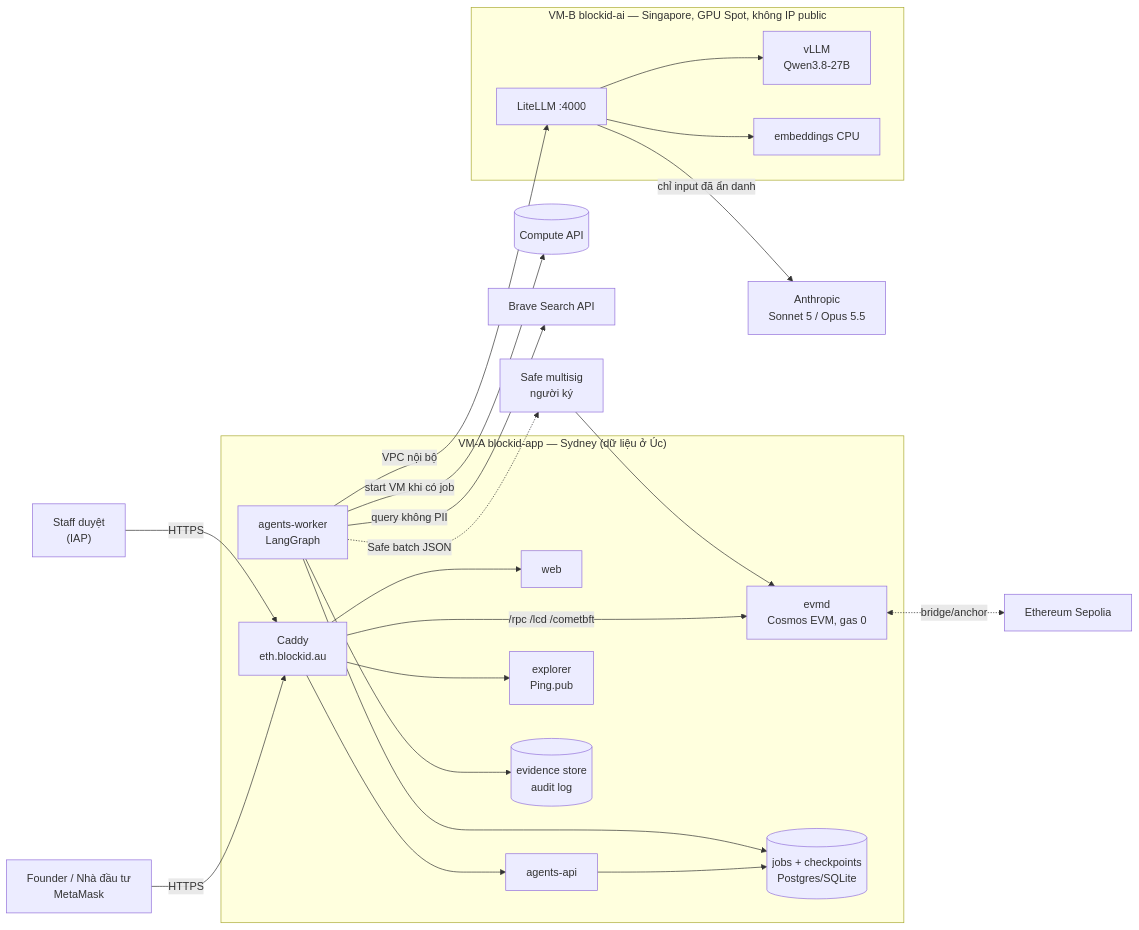
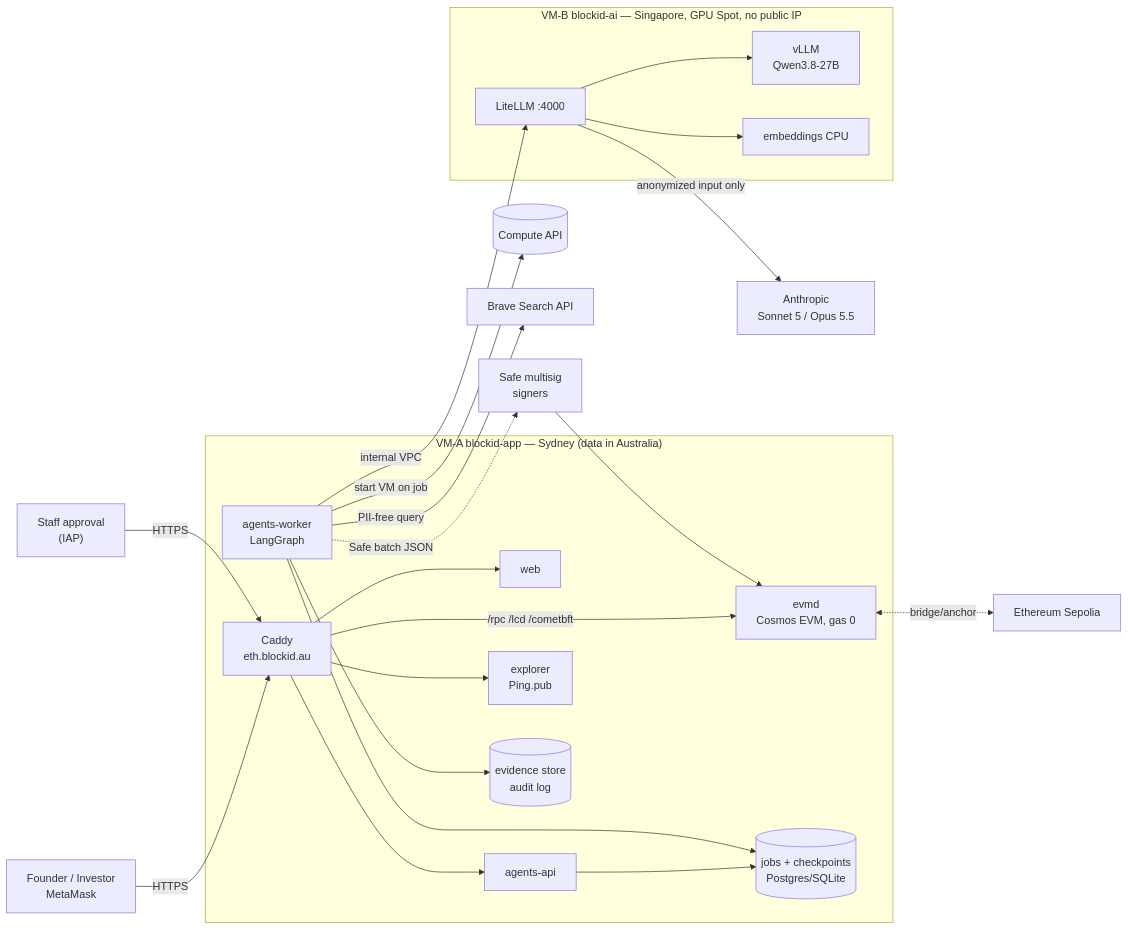
One commit to Blockid-au/eth-blockid-hackathon changed the diagram in docs/ARCHITECTURE.md. Above: the diagram before and after it, drawn with Mermaid. The commit also changed other lines of this file and 29 other files, not shown here.

````diff
--- a/docs/ARCHITECTURE.md
+++ b/docs/ARCHITECTURE.md
@@ -5,25 +5,25 @@
 ```mermaid
 flowchart LR
-  U[Founder / Nhà đầu tư<br/>MetaMask] -->|HTTPS| C[Caddy<br/>eth.blockid.au]
-  S["Staff duyệt<br/>(IAP)"] -->|HTTPS| C
-  subgraph APP["VM-A blockid-app — Sydney (dữ liệu ở Úc)"]
+  U[Founder / Investor<br/>MetaMask] -->|HTTPS| C[Caddy<br/>eth.blockid.au]
+  S["Staff approval<br/>(IAP)"] -->|HTTPS| C
+  subgraph APP["VM-A blockid-app — Sydney (data in Australia)"]
     C --> W[web]
     C --> API[agents-api]
     C -->|/rpc /lcd /cometbft| N[evmd<br/>Cosmos EVM, gas 0]
     C --> X[explorer<br/>Ping.pub]
     API --> Q[(jobs + checkpoints<br/>Postgres/SQLite)]
     WK[agents-worker<br/>LangGraph] --> Q
     WK --> EV[(evidence store<br/>audit log)]
   end
-  subgraph AI["VM-B blockid-ai — Singapore, GPU Spot, không IP public"]
+  subgraph AI["VM-B blockid-ai — Singapore, GPU Spot, no public IP"]
     GW[LiteLLM :4000] --> V[vLLM<br/>Qwen3.8-27B]
     GW --> E[embeddings CPU]
   end
-  WK -->|VPC nội bộ| GW
-  WK -->|start VM khi có job| GCE[(Compute API)]
-  GW -->|chỉ input đã ẩn danh| A[Anthropic<br/>Sonnet 5 / Opus 5.5]
-  WK -->|query không PII| B[Brave Search API]
-  WK -.->|Safe batch JSON| SAFE[Safe multisig<br/>người ký]
+  WK -->|internal VPC| GW
+  WK -->|start VM on job| GCE[(Compute API)]
+  GW -->|anonymized input only| A[Anthropic<br/>Sonnet 5 / Opus 5.5]
+  WK -->|PII-free query| B[Brave Search API]
+  WK -.->|Safe batch JSON| SAFE[Safe multisig<br/>signers]
   SAFE --> N
   N <-.->|bridge/anchor| ETH[Ethereum Sepolia]
 ```
````
